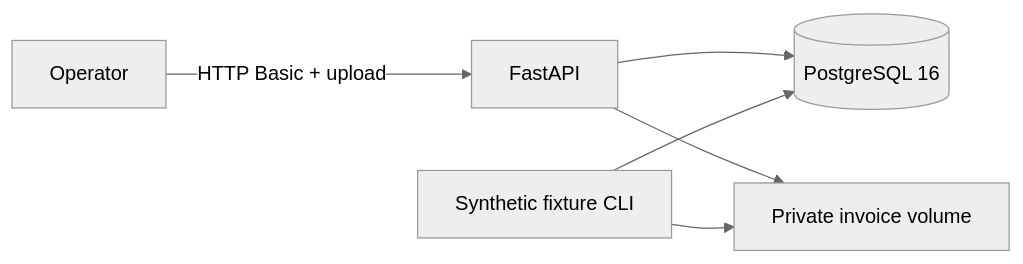
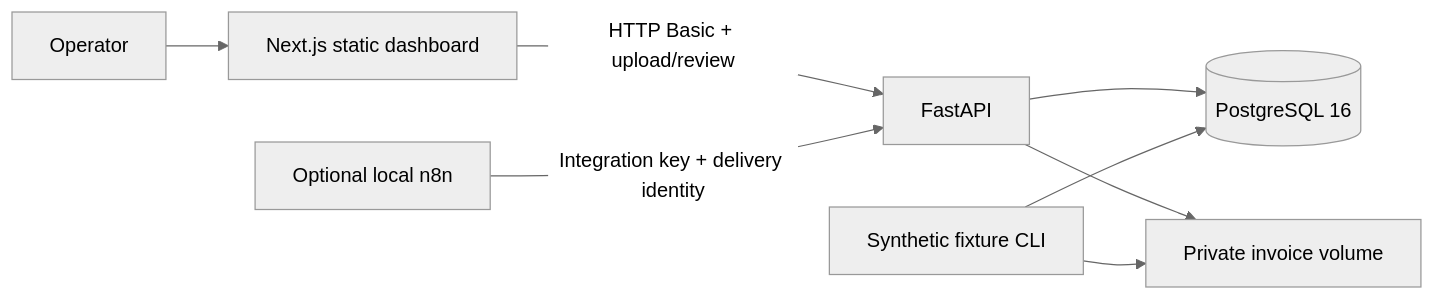
Before and after one commit to MughalDanish/invoice-exception-desk: the diagram in docs/architecture.md, drawn with Mermaid (neutral theme). The commit also changed other lines of this file and 45 other files, not shown here.

Commit message:
feat: add invoice dashboard and authenticated n8n intake

````diff
--- a/docs/architecture.md
+++ b/docs/architecture.md
@@ -7,8 +7,10 @@
 ```mermaid
 flowchart LR
-  Operator -->|HTTP Basic + upload| API[FastAPI]
+  Operator --> Web[Next.js static dashboard]
+  Web -->|HTTP Basic + upload/review| API[FastAPI]
+  Intake[Optional local n8n] -->|Integration key + delivery identity| API
   API --> PG[(PostgreSQL 16)]
   API --> Files[Private invoice volume]
   Seed[Synthetic fixture CLI] --> PG
   Seed --> Files
 ```
````
